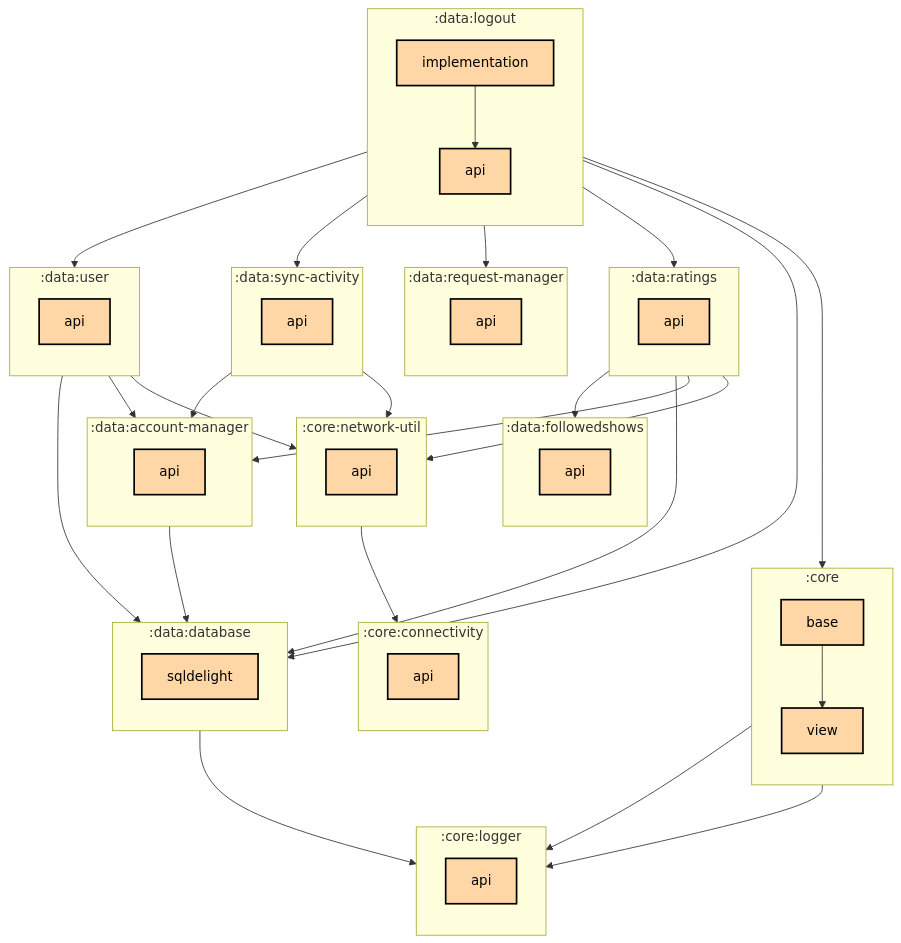
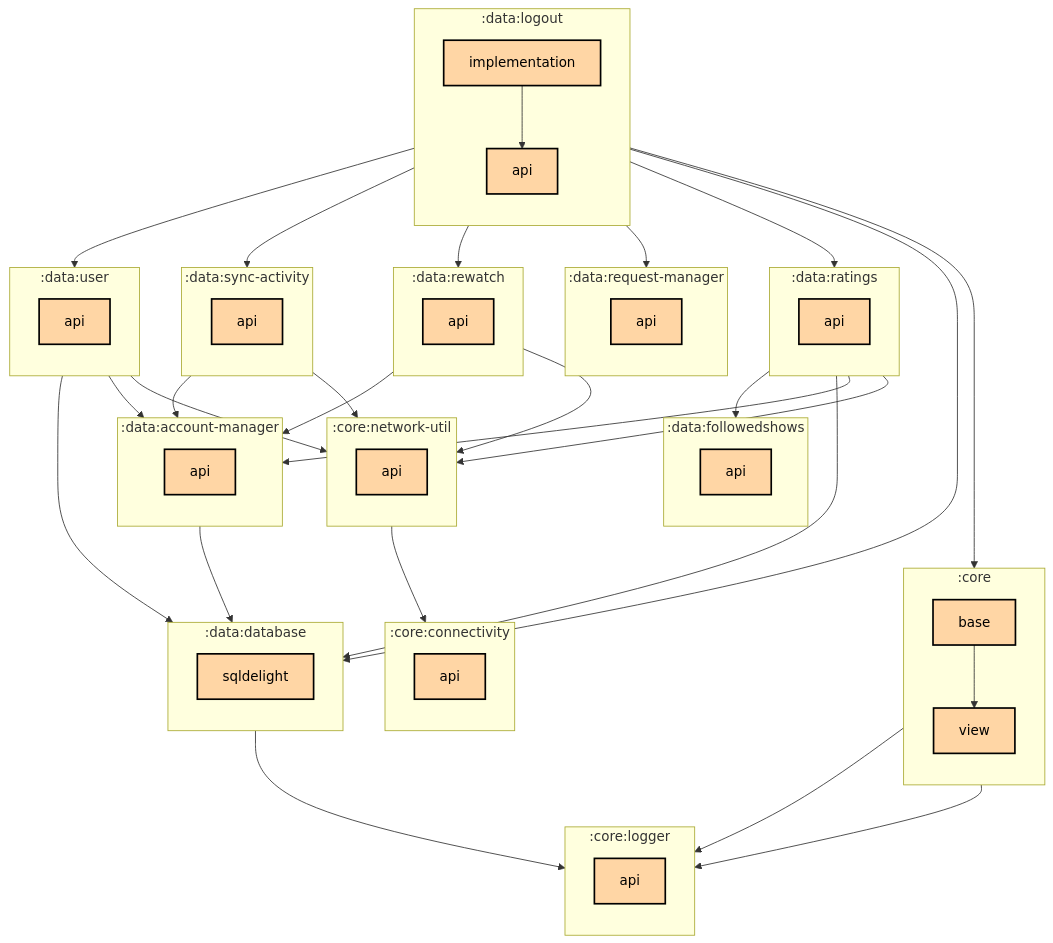
Before and after one commit to thomaskioko/tv-maniac: the first of 2 diagrams in data/logout/implementation/README.md, drawn with Mermaid. The commit also changed 69 other files, not shown here.

First line of the commit message:
feat: Add Show/Episode Rewatch data layer (#1202)

```diff
--- a/data/logout/implementation/README.md
+++ b/data/logout/implementation/README.md
@@ -47,6 +47,10 @@
     direction TB
     :data:request-manager:api[api]:::multiplatform
   end
+  subgraph :data:rewatch
+    direction TB
+    :data:rewatch:api[api]:::multiplatform
+  end
   subgraph :data:sync-activity
     direction TB
     :data:sync-activity:api[api]:::multiplatform
@@ -67,12 +71,15 @@
   :data:logout:implementation --> :data:logout:api
   :data:logout:implementation --> :data:ratings:api
   :data:logout:implementation --> :data:request-manager:api
+  :data:logout:implementation --> :data:rewatch:api
   :data:logout:implementation --> :data:sync-activity:api
   :data:logout:implementation --> :data:user:api
   :data:ratings:api --> :core:network-util:api
   :data:ratings:api --> :data:account-manager:api
   :data:ratings:api --> :data:database:sqldelight
   :data:ratings:api --> :data:followedshows:api
+  :data:rewatch:api --> :core:network-util:api
+  :data:rewatch:api --> :data:account-manager:api
   :data:sync-activity:api --> :core:network-util:api
   :data:sync-activity:api --> :data:account-manager:api
   :data:user:api --> :core:network-util:api
```
